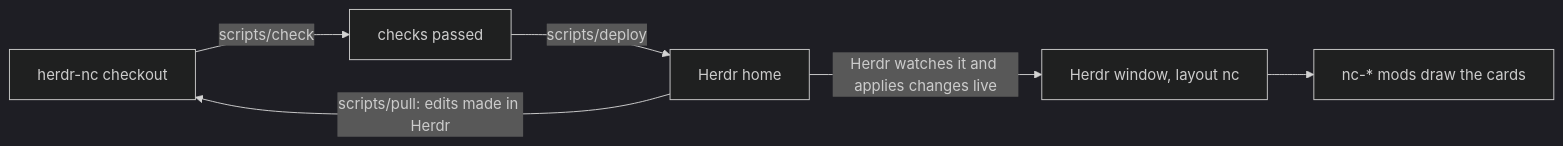
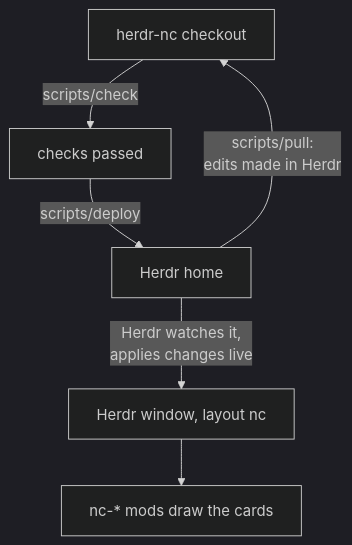
One commit to Socivolve/herdr-nc changed the first of 3 diagrams in README.md. Above: the diagram before and after it, drawn with Mermaid (dark theme). The commit also changed other lines of this file, not shown here.

Commit message:
README: diagrams fit the page width

````diff
--- a/README.md
+++ b/README.md
@@ -36,8 +36,8 @@
 ```mermaid
-flowchart LR
+flowchart TB
   R["herdr-nc checkout"] -->|"scripts/check"| C["checks passed"]
   C -->|"scripts/deploy"| H["Herdr home"]
-  H -->|"Herdr watches it and applies changes live"| A["Herdr window, layout nc"]
+  H -->|"Herdr watches it,<br/>applies changes live"| A["Herdr window, layout nc"]
   A --> M["nc-* mods draw the cards"]
-  H -->|"scripts/pull: edits made in Herdr"| R
+  H -->|"scripts/pull:<br/>edits made in Herdr"| R
 ```
````
